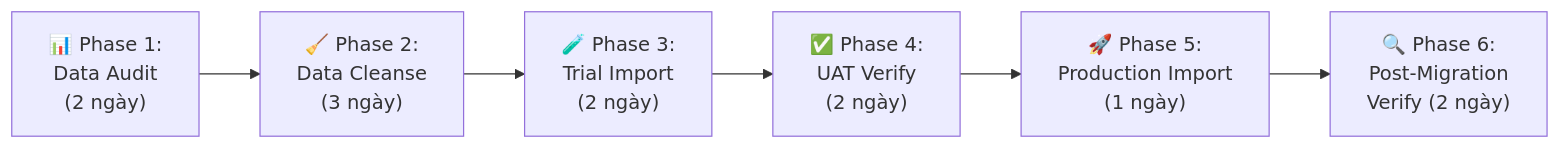
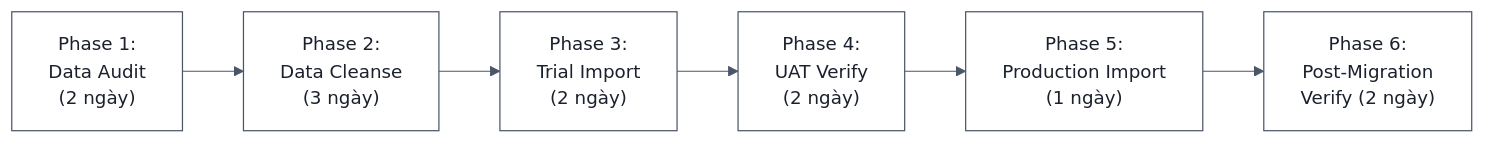
Before and after one commit to sonbui31/BA-studies: the diagram in BA-agent/BA-document-rule/templates/data-migration-plan.md, drawn with Mermaid. The commit also changed 97 other files, not shown here.

First line of the commit message:
Add diagram linting and rendering tools with tests

````diff
--- a/BA-agent/BA-document-rule/templates/data-migration-plan.md
+++ b/BA-agent/BA-document-rule/templates/data-migration-plan.md
@@ -59,8 +59,9 @@
 ```mermaid
+%%{init: {"theme": "base", "fontFamily": "Arial, Helvetica, sans-serif", "themeVariables": {"fontSize": "15px", "primaryColor": "#FFFFFF", "primaryBorderColor": "#4A5568", "primaryTextColor": "#1A202C", "lineColor": "#4A5568", "secondaryColor": "#F7FAFC", "tertiaryColor": "#F7FAFC", "clusterBkg": "#F7FAFC", "clusterBorder": "#A0AEC0", "edgeLabelBackground": "#FFFFFF", "actorBkg": "#EBF8FF", "actorBorder": "#2B6CB0", "noteBkgColor": "#FFF8E1", "noteBorderColor": "#B7791F"}}}%%
 graph LR
-    P1["📊 Phase 1:<br/>Data Audit<br/>(2 ngày)"] --> P2["🧹 Phase 2:<br/>Data Cleanse<br/>(3 ngày)"]
-    P2 --> P3["🧪 Phase 3:<br/>Trial Import<br/>(2 ngày)"]
-    P3 --> P4["✅ Phase 4:<br/>UAT Verify<br/>(2 ngày)"]
-    P4 --> P5["🚀 Phase 5:<br/>Production Import<br/>(1 ngày)"]
-    P5 --> P6["🔍 Phase 6:<br/>Post-Migration<br/>Verify (2 ngày)"]
+    P1["Phase 1:<br/>Data Audit<br/>(2 ngày)"] --> P2["Phase 2:<br/>Data Cleanse<br/>(3 ngày)"]
+    P2 --> P3["Phase 3:<br/>Trial Import<br/>(2 ngày)"]
+    P3 --> P4["Phase 4:<br/>UAT Verify<br/>(2 ngày)"]
+    P4 --> P5["Phase 5:<br/>Production Import<br/>(1 ngày)"]
+    P5 --> P6["Phase 6:<br/>Post-Migration<br/>Verify (2 ngày)"]
 ```
````
